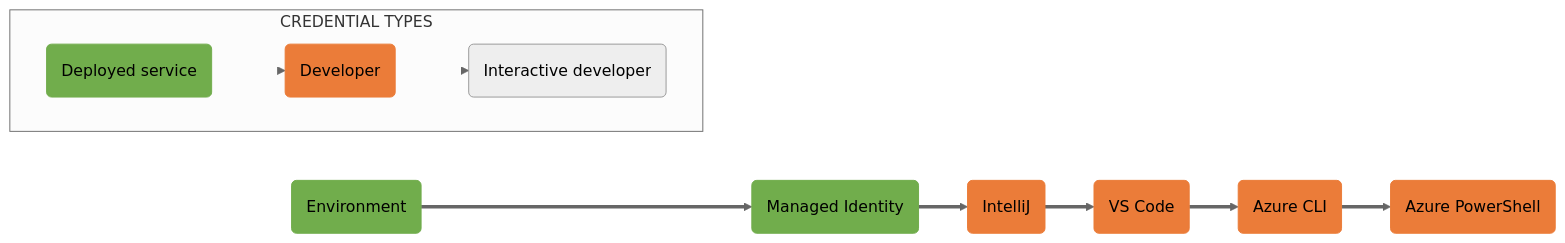
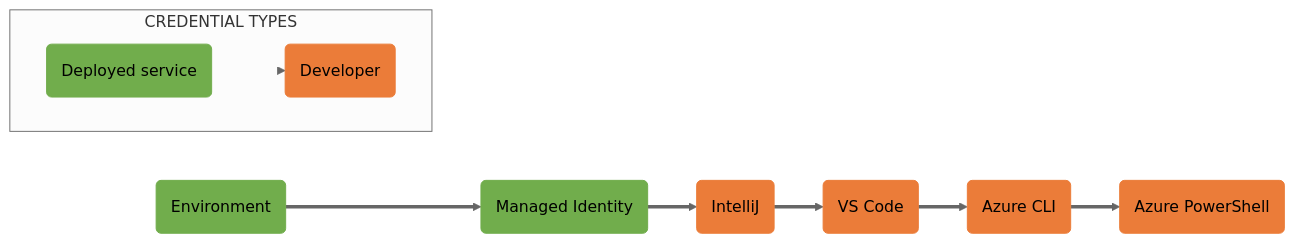
One commit to Azure/azure-sdk-for-java changed the diagram in sdk/identity/azure-identity/images/mermaidjs/DefaultAzureCredentialAuthFlow.md. Above: the diagram before and after it, drawn with Mermaid (neutral theme). The commit also changed 1 other file, not shown here.

Commit message:
Update legend

````diff
--- a/sdk/identity/azure-identity/images/mermaidjs/DefaultAzureCredentialAuthFlow.md
+++ b/sdk/identity/azure-identity/images/mermaidjs/DefaultAzureCredentialAuthFlow.md
@@ -1,30 +1,29 @@
 ```mermaid
 %% STEPS TO GENERATE IMAGE
 %% =======================
 %% 1. Install mermaid CLI (see https://github.com/mermaid-js/mermaid-cli/blob/master/README.md)
 %% 2. Run command: mmdc -i DefaultAzureCredentialAuthFlow.md -o DefaultAzureCredentialAuthFlow.svg
 
 flowchart LR;
     A(Environment):::deployed ==> B(Managed Identity):::deployed ==> C(IntelliJ):::developer ==> D(VS Code):::developer ==> E(Azure CLI):::developer ==> F(Azure PowerShell):::developer;
 
     subgraph CREDENTIAL TYPES;
         direction LR;
-        Deployed(Deployed service):::deployed ==> Developer(Developer):::developer ==> Interactive(Interactive developer):::interactive;
+        Deployed(Deployed service):::deployed ==> Developer(Developer):::developer;
 
         %% Hide links between boxes in the legend by setting width to 0. The integers after "linkStyle" represent link indices.
         linkStyle 5 stroke-width:0px;
-        linkStyle 6 stroke-width:0px;
     end;
 
     %% Define styles for credential type boxes
     classDef deployed fill:#71AD4C, stroke:#71AD4C;
     classDef developer fill:#EB7C39, stroke:#EB7C39;
 
     %% Add API ref links to credential type boxes
     click A "https://docs.microsoft.com/java/api/com.azure.identity.environmentcredential?view=azure-java-stable" _blank;
     click B "https://docs.microsoft.com/java/api/com.azure.identity.managedidentitycredential?view=azure-java-stable" _blank;
     click C "https://docs.microsoft.com/java/api/com.azure.identity.intellijcredential?view=azure-java-stable" _blank;
     click D "https://docs.microsoft.com/java/api/com.azure.identity.visualstudiocodecredential?view=azure-java-stable" _blank;
     click E "https://docs.microsoft.com/java/api/com.azure.identity.azureclicredential?view=azure-java-stable" _blank;
     click F "https://docs.microsoft.com/java/api/com.azure.identity.azurepowershellcredential?view=azure-java-stable" _blank;
 ```
````
